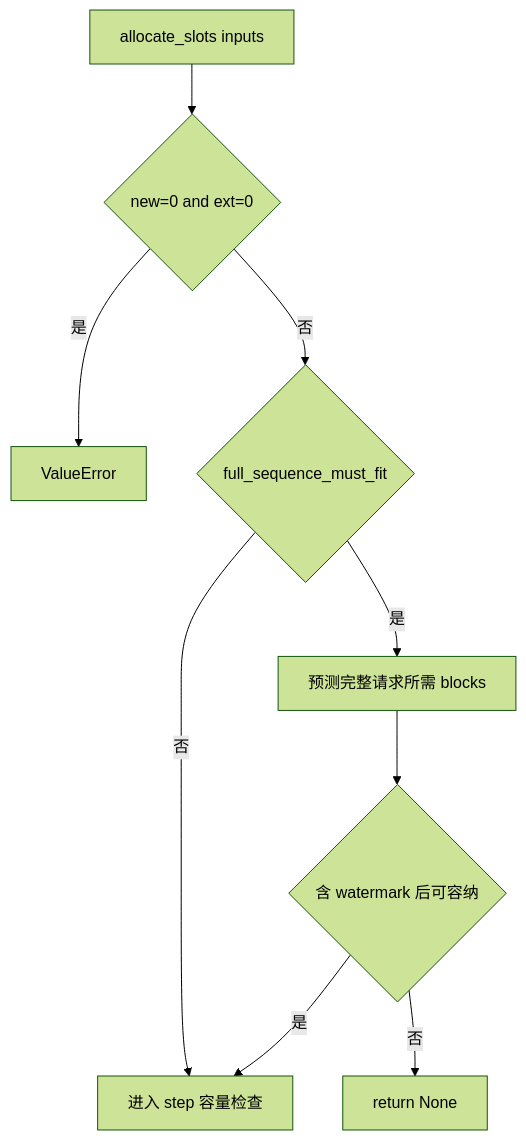
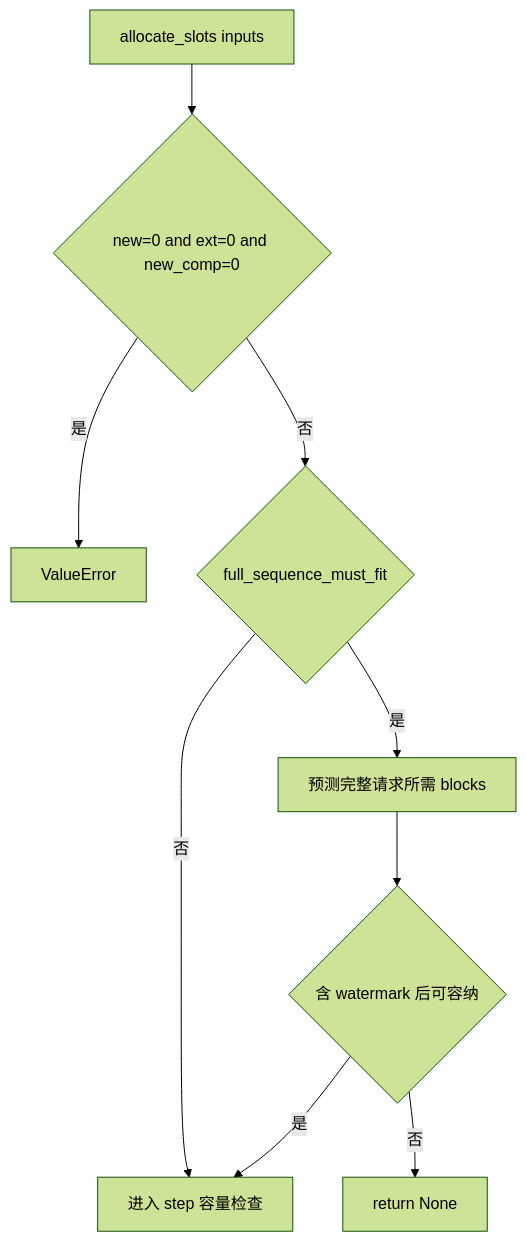
One commit to cluster1900/vllm_reader changed diagram 15 of 29 in book/05-kv-cache/README.md. Above: the diagram before and after it, drawn with Mermaid (forest theme). The commit also changed other lines of this file and 26 other files, not shown here.

````diff
--- a/book/05-kv-cache/README.md
+++ b/book/05-kv-cache/README.md
@@ -791,11 +791,11 @@
 ```mermaid
 flowchart TD
-    IN[allocate_slots inputs] --> ZERO{new=0 and ext=0}
+    IN[allocate_slots inputs] --> ZERO{new=0 and ext=0 and new_comp=0}
     ZERO -->|是| ERR[ValueError]
     ZERO -->|否| ADM{full_sequence_must_fit}
     ADM -->|否| READY[进入 step 容量检查]
     ADM -->|是| FULL[预测完整请求所需 blocks]
     FULL --> FIT0{含 watermark 后可容纳}
     FIT0 -->|否| NONE0[return None]
     FIT0 -->|是| READY
 ```
````
